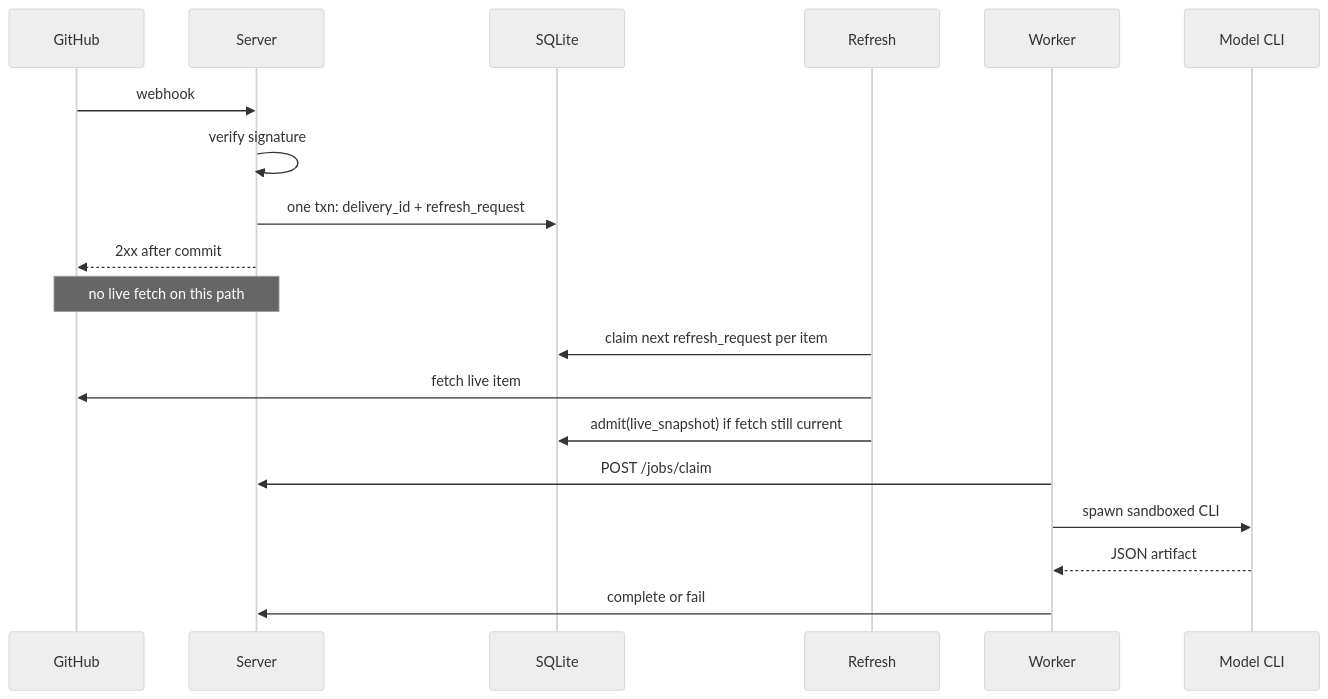
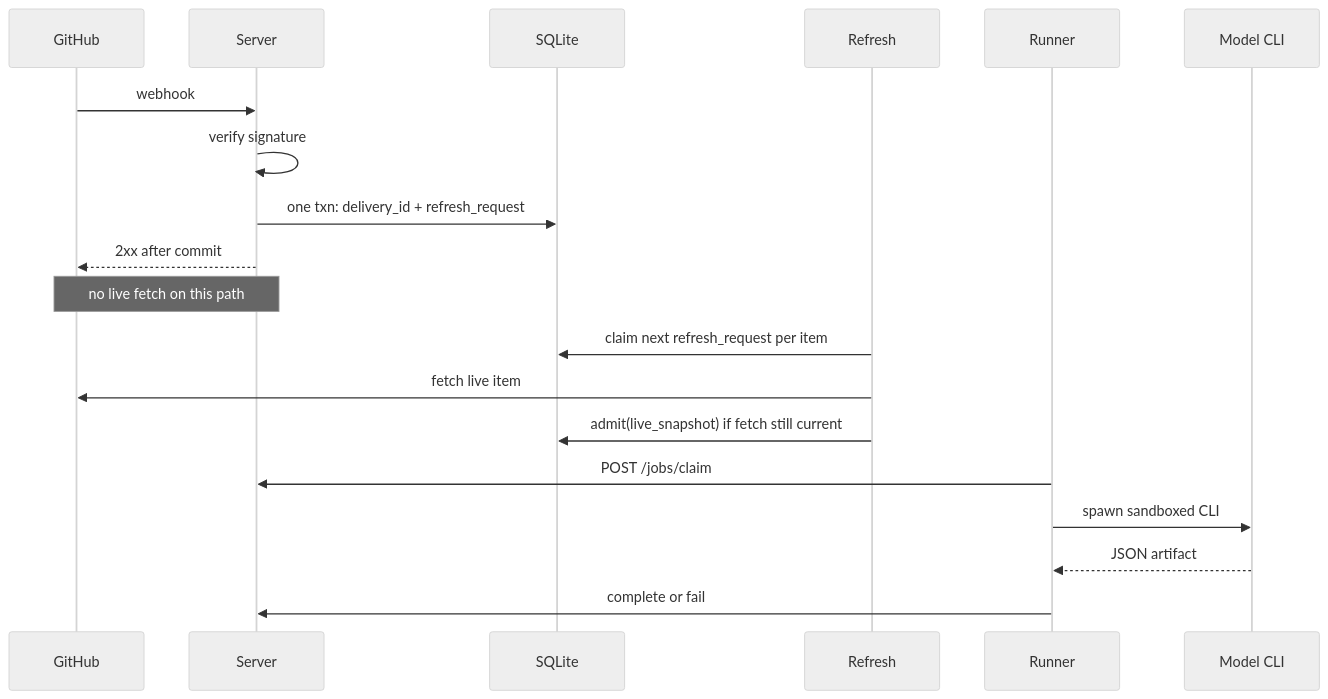
One commit to Sannrox/rusui changed the second of 2 diagrams in ARCHITECTURE.md. Above: the diagram before and after it, drawn with Mermaid (neutral theme). The commit also changed other lines of this file and 25 other files, not shown here.

````diff
--- a/ARCHITECTURE.md
+++ b/ARCHITECTURE.md
@@ -178,23 +180,23 @@
 ```mermaid
 sequenceDiagram
   participant GH as GitHub
   participant S as Server
   participant DB as SQLite
   participant R as Refresh
-  participant W as Worker
+  participant Rn as Runner
   participant CLI as Model CLI
 
   GH->>S: webhook
   S->>S: verify signature
   S->>DB: one txn: delivery_id + refresh_request
   S-->>GH: 2xx after commit
   Note over S,GH: no live fetch on this path
 
   R->>DB: claim next refresh_request per item
   R->>GH: fetch live item
   R->>DB: admit(live_snapshot) if fetch still current
-  W->>S: POST /jobs/claim
-  W->>CLI: spawn sandboxed CLI
-  CLI-->>W: JSON artifact
-  W->>S: complete or fail
+  Rn->>S: POST /jobs/claim
+  Rn->>CLI: spawn sandboxed CLI
+  CLI-->>Rn: JSON artifact
+  Rn->>S: complete or fail
 ```
````
